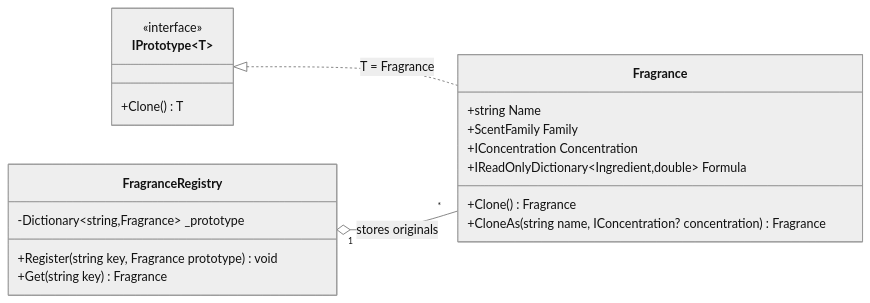
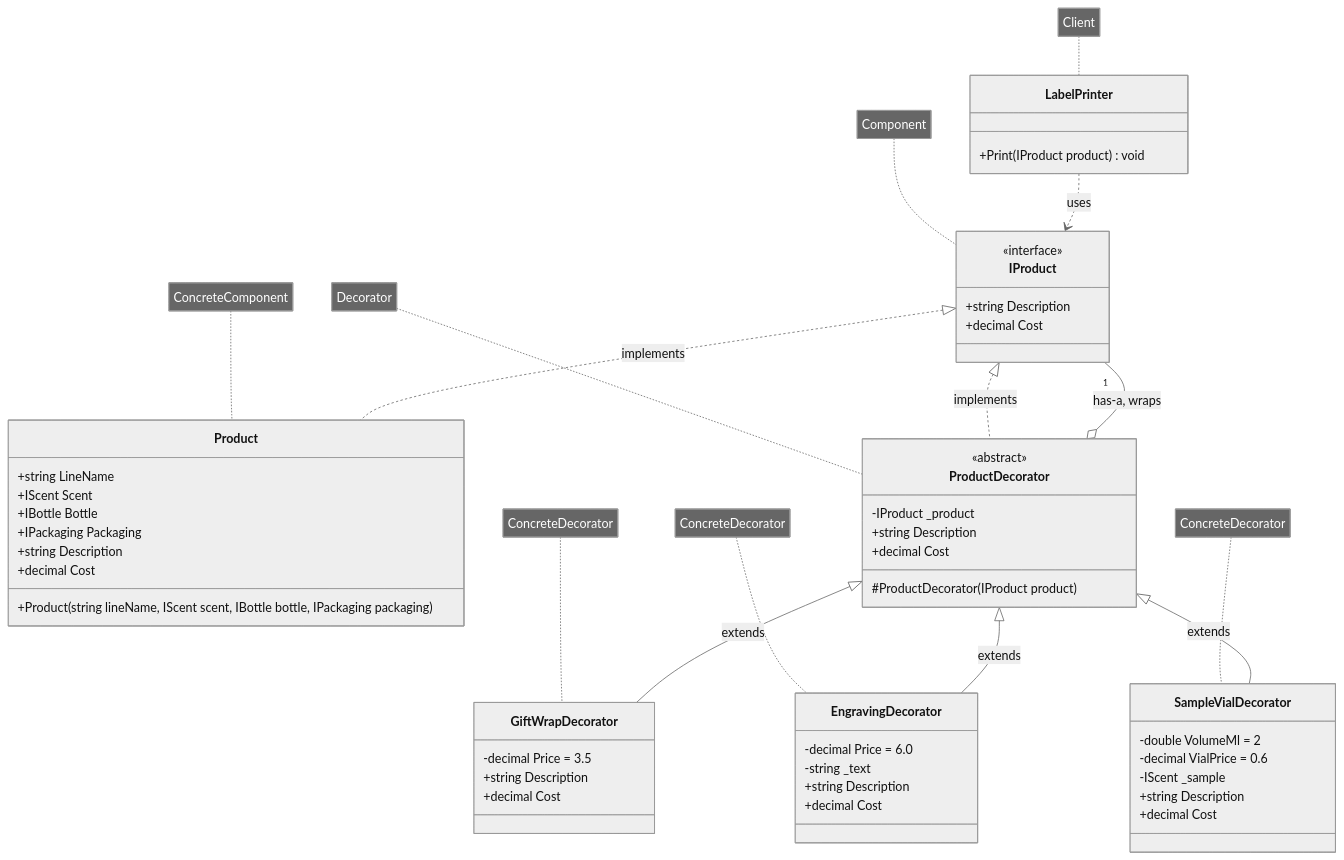
Before and after one commit to m0sji/TMPS_26: the third of 4 diagrams in REPORT.md, drawn with Mermaid (neutral theme). The commit also changed other lines of this file and 1 other file, not shown here.

````diff
--- a/REPORT.md
+++ b/REPORT.md
@@ -307,27 +355,69 @@
 ```mermaid
 classDiagram
-    direction LR
+    direction TB
 
-    class IPrototype~T~ {
+    class IProduct {
         <<interface>>
-        +Clone() T
+        +string Description
+        +decimal Cost
     }
 
-    class Fragrance {
-        +string Name
-        +ScentFamily Family
-        +IConcentration Concentration
-        +IReadOnlyDictionary~Ingredient,double~ Formula
-        +Clone() Fragrance
-        +CloneAs(string name, IConcentration? concentration) Fragrance
+    class Product {
+        +string LineName
+        +IScent Scent
+        +IBottle Bottle
+        +IPackaging Packaging
+        +Product(string lineName, IScent scent, IBottle bottle, IPackaging packaging)
+        +string Description
+        +decimal Cost
     }
 
-    class FragranceRegistry {
-        -Dictionary~string,Fragrance~ _prototype
-        +Register(string key, Fragrance prototype) void
-        +Get(string key) Fragrance
+    class ProductDecorator {
+        <<abstract>>
+        -IProduct _product
+        #ProductDecorator(IProduct product)
+        +string Description
+        +decimal Cost
     }
 
-    IPrototype <|.. Fragrance : T = Fragrance
-    FragranceRegistry "1" o-- "*" Fragrance : stores originals
+    class GiftWrapDecorator {
+        -decimal Price = 3.5
+        +string Description
+        +decimal Cost
+    }
+
+    class EngravingDecorator {
+        -decimal Price = 6.0
+        -string _text
+        +string Description
+        +decimal Cost
+    }
+
+    class SampleVialDecorator {
+        -double VolumeMl = 2
+        -decimal VialPrice = 0.6
+        -IScent _sample
+        +string Description
+        +decimal Cost
+    }
+
+    class LabelPrinter {
+        +Print(IProduct product) void
+    }
+
+    IProduct <|.. Product : implements
+    IProduct <|.. ProductDecorator : implements
+    ProductDecorator o-- "1" IProduct : has-a, wraps
+    ProductDecorator <|-- GiftWrapDecorator : extends
+    ProductDecorator <|-- EngravingDecorator : extends
+    ProductDecorator <|-- SampleVialDecorator : extends
+    LabelPrinter ..> IProduct : uses
+
+    note for IProduct "Component"
+    note for Product "ConcreteComponent"
+    note for ProductDecorator "Decorator"
+    note for GiftWrapDecorator "ConcreteDecorator"
+    note for EngravingDecorator "ConcreteDecorator"
+    note for SampleVialDecorator "ConcreteDecorator"
+    note for LabelPrinter "Client"
 ```
````
